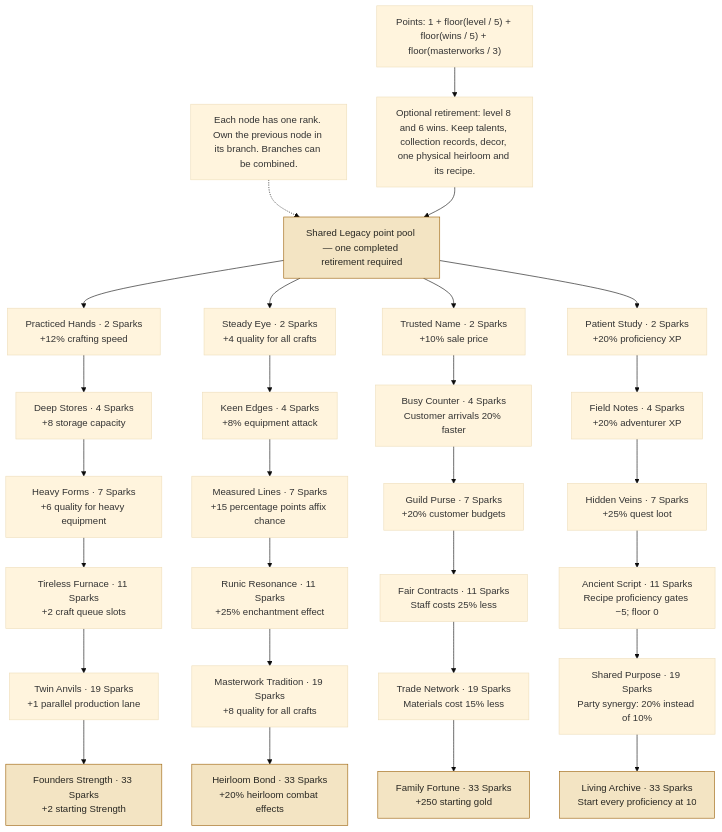
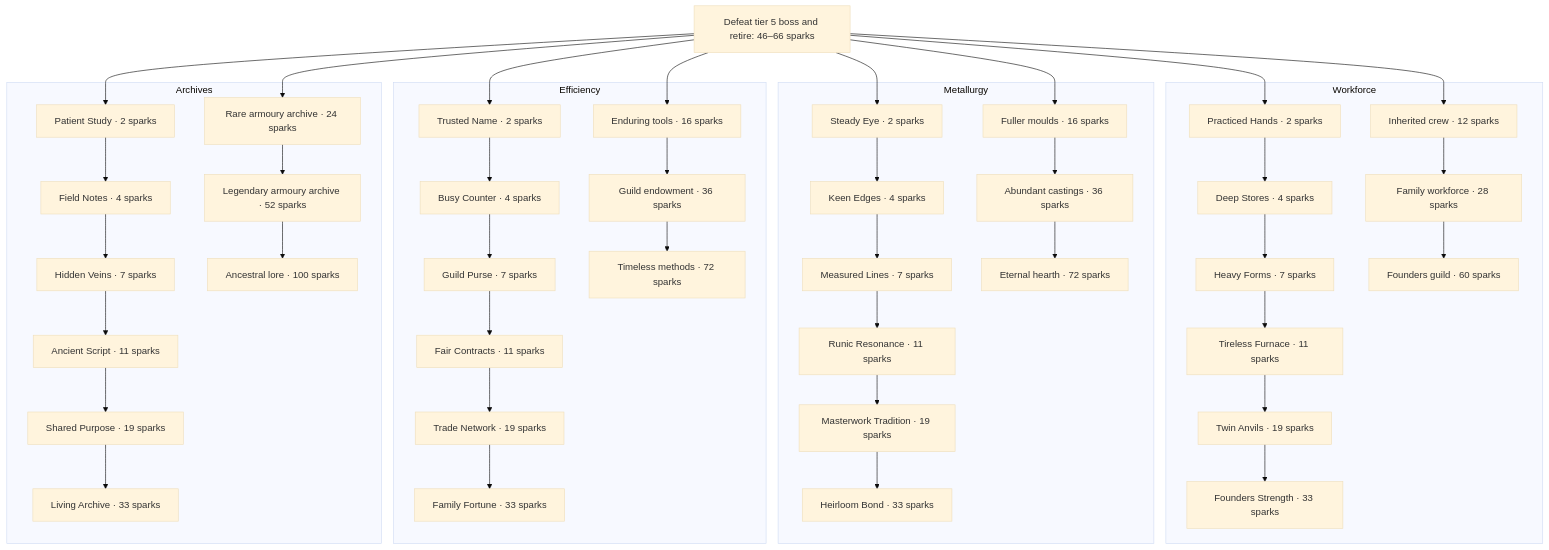
The diagram in design/diagrams/legacy-tree.mmd (DaniMo8/Ember-and-Iron), drawn with Mermaid (base theme) before and after one commit. The commit also changed 38 other files, not shown here.

```diff
--- a/design/diagrams/legacy-tree.mmd
+++ b/design/diagrams/legacy-tree.mmd
@@ -1,31 +1,82 @@
 flowchart TB
-    ROOT["Shared Legacy point pool — one completed retirement required"]
-    ROOT --> FORCE_1["Practiced Hands · 2 Sparks<br/>+12% crafting speed"]
-    FORCE_1 --> FORCE_2["Deep Stores · 4 Sparks<br/>+8 storage capacity"]
-    FORCE_2 --> FORCE_3["Heavy Forms · 7 Sparks<br/>+6 quality for heavy equipment"]
-    FORCE_3 --> FORCE_4["Tireless Furnace · 11 Sparks<br/>+2 craft queue slots"]
-    FORCE_4 --> FORCE_5["Twin Anvils · 19 Sparks<br/>+1 parallel production lane"]
-    FORCE_5 --> FORCE_6["Founders Strength · 33 Sparks<br/>+2 starting Strength"]
-    ROOT --> ARTIFICE_1["Steady Eye · 2 Sparks<br/>+4 quality for all crafts"]
-    ARTIFICE_1 --> ARTIFICE_2["Keen Edges · 4 Sparks<br/>+8% equipment attack"]
-    ARTIFICE_2 --> ARTIFICE_3["Measured Lines · 7 Sparks<br/>+15 percentage points affix chance"]
-    ARTIFICE_3 --> ARTIFICE_4["Runic Resonance · 11 Sparks<br/>+25% enchantment effect"]
-    ARTIFICE_4 --> ARTIFICE_5["Masterwork Tradition · 19 Sparks<br/>+8 quality for all crafts"]
-    ARTIFICE_5 --> ARTIFICE_6["Heirloom Bond · 33 Sparks<br/>+20% heirloom combat effects"]
-    ROOT --> COMMERCE_1["Trusted Name · 2 Sparks<br/>+10% sale price"]
-    COMMERCE_1 --> COMMERCE_2["Busy Counter · 4 Sparks<br/>Customer arrivals 20% faster"]
-    COMMERCE_2 --> COMMERCE_3["Guild Purse · 7 Sparks<br/>+20% customer budgets"]
-    COMMERCE_3 --> COMMERCE_4["Fair Contracts · 11 Sparks<br/>Staff costs 25% less"]
-    COMMERCE_4 --> COMMERCE_5["Trade Network · 19 Sparks<br/>Materials cost 15% less"]
-    COMMERCE_5 --> COMMERCE_6["Family Fortune · 33 Sparks<br/>+250 starting gold"]
-    ROOT --> LORE_1["Patient Study · 2 Sparks<br/>+20% proficiency XP"]
-    LORE_1 --> LORE_2["Field Notes · 4 Sparks<br/>+20% adventurer XP"]
-    LORE_2 --> LORE_3["Hidden Veins · 7 Sparks<br/>+25% quest loot"]
-    LORE_3 --> LORE_4["Ancient Script · 11 Sparks<br/>Recipe proficiency gates −5; floor 0"]
-    LORE_4 --> LORE_5["Shared Purpose · 19 Sparks<br/>Party synergy: 20% instead of 10%"]
-    LORE_5 --> LORE_6["Living Archive · 33 Sparks<br/>Start every proficiency at 10"]
-    RULE["Each node has one rank. Own the previous node in its branch. Branches can be combined."] -.-> ROOT
-    RESET["Optional retirement: level 8 and 6 wins. Keep talents, collection records, decor, one physical heirloom and its recipe."] --> ROOT
-    PAYOUT["Points: 1 + floor(level / 5) + floor(wins / 5) + floor(masterworks / 3)"] --> RESET
-    classDef accent fill:#f3e4c3,stroke:#9b6109,color:#292823;
-    class ROOT,FORCE_6,ARTIFICE_6,COMMERCE_6,LORE_6 accent;
+  ROOT["Defeat tier 5 boss and retire: 46–66 sparks"]
+  subgraph Workforce["Workforce"]
+    practiced_hands["Practiced Hands · 2 sparks"]
+    deep_stores["Deep Stores · 4 sparks"]
+    heavy_forms["Heavy Forms · 7 sparks"]
+    tireless_furnace["Tireless Furnace · 11 sparks"]
+    twin_anvils["Twin Anvils · 19 sparks"]
+    founders_strength["Founders Strength · 33 sparks"]
+    inherited_crew["Inherited crew · 12 sparks"]
+    family_workforce["Family workforce · 28 sparks"]
+    founders_guild["Founders guild · 60 sparks"]
+  end
+  subgraph Metallurgy["Metallurgy"]
+    steady_eye["Steady Eye · 2 sparks"]
+    keen_edges["Keen Edges · 4 sparks"]
+    measured_lines["Measured Lines · 7 sparks"]
+    runic_resonance["Runic Resonance · 11 sparks"]
+    masterwork_tradition["Masterwork Tradition · 19 sparks"]
+    heirloom_bond["Heirloom Bond · 33 sparks"]
+    fuller_moulds["Fuller moulds · 16 sparks"]
+    abundant_castings["Abundant castings · 36 sparks"]
+    eternal_hearth["Eternal hearth · 72 sparks"]
+  end
+  subgraph Efficiency["Efficiency"]
+    trusted_name["Trusted Name · 2 sparks"]
+    busy_counter["Busy Counter · 4 sparks"]
+    guild_purse["Guild Purse · 7 sparks"]
+    fair_contracts["Fair Contracts · 11 sparks"]
+    trade_network["Trade Network · 19 sparks"]
+    family_fortune["Family Fortune · 33 sparks"]
+    enduring_tools["Enduring tools · 16 sparks"]
+    guild_endowment["Guild endowment · 36 sparks"]
+    timeless_methods["Timeless methods · 72 sparks"]
+  end
+  subgraph Archives["Archives"]
+    patient_study["Patient Study · 2 sparks"]
+    field_notes["Field Notes · 4 sparks"]
+    hidden_veins["Hidden Veins · 7 sparks"]
+    ancient_script["Ancient Script · 11 sparks"]
+    shared_purpose["Shared Purpose · 19 sparks"]
+    living_archive["Living Archive · 33 sparks"]
+    rare_archive["Rare armoury archive · 24 sparks"]
+    legend_archive["Legendary armoury archive · 52 sparks"]
+    ancestral_lore["Ancestral lore · 100 sparks"]
+  end
+  ROOT --> practiced_hands
+  practiced_hands --> deep_stores
+  deep_stores --> heavy_forms
+  heavy_forms --> tireless_furnace
+  tireless_furnace --> twin_anvils
+  twin_anvils --> founders_strength
+  ROOT --> steady_eye
+  steady_eye --> keen_edges
+  keen_edges --> measured_lines
+  measured_lines --> runic_resonance
+  runic_resonance --> masterwork_tradition
+  masterwork_tradition --> heirloom_bond
+  ROOT --> trusted_name
+  trusted_name --> busy_counter
+  busy_counter --> guild_purse
+  guild_purse --> fair_contracts
+  fair_contracts --> trade_network
+  trade_network --> family_fortune
+  ROOT --> patient_study
+  patient_study --> field_notes
+  field_notes --> hidden_veins
+  hidden_veins --> ancient_script
+  ancient_script --> shared_purpose
+  shared_purpose --> living_archive
+  ROOT --> inherited_crew
+  inherited_crew --> family_workforce
+  family_workforce --> founders_guild
+  ROOT --> enduring_tools
+  enduring_tools --> guild_endowment
+  guild_endowment --> timeless_methods
+  ROOT --> fuller_moulds
+  fuller_moulds --> abundant_castings
+  abundant_castings --> eternal_hearth
+  ROOT --> rare_archive
+  rare_archive --> legend_archive
+  legend_archive --> ancestral_lore
```
